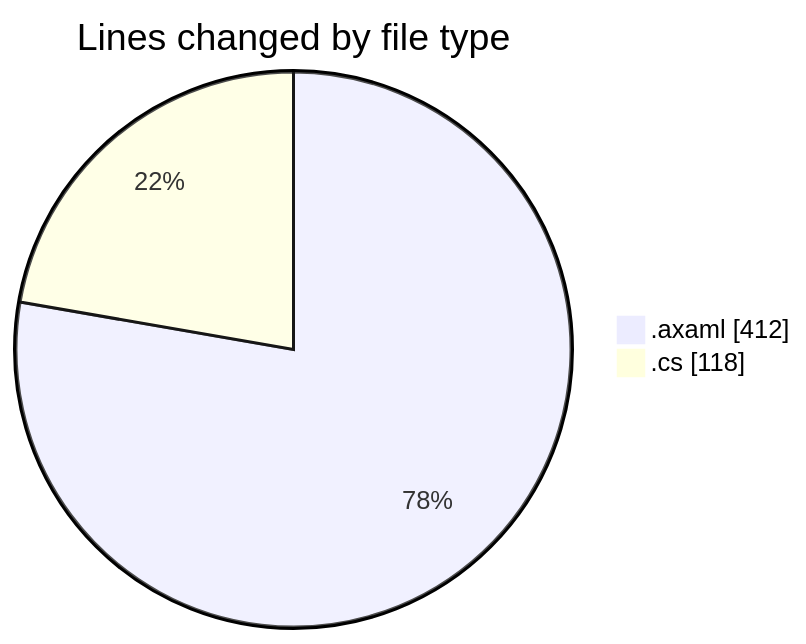
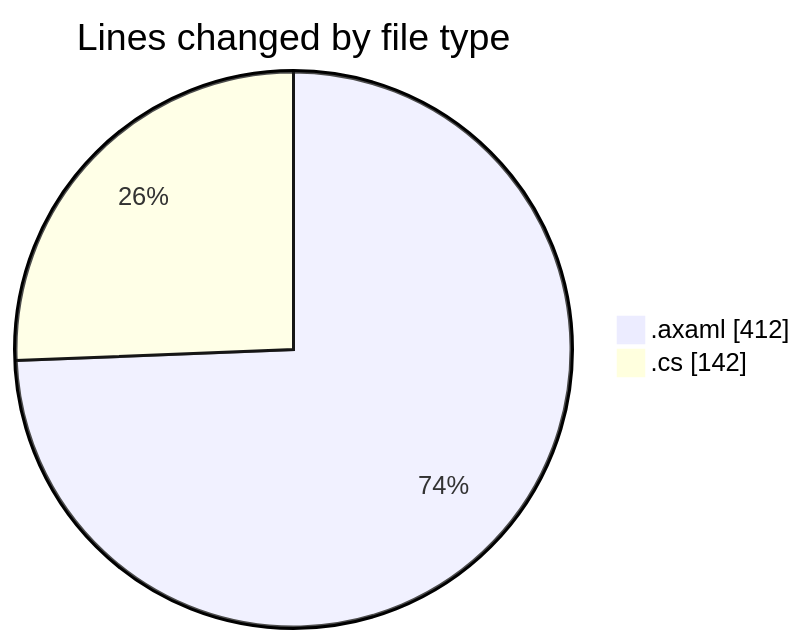
Before and after one commit to Netris89/code-tracking: the first of 2 diagrams in 2025-10-24/skintrack/README.md, drawn with Mermaid. The commit also changed other lines of this file and 1 other file, not shown here.

````diff
--- a/2025-10-24/skintrack/README.md
+++ b/2025-10-24/skintrack/README.md
@@ -23,6 +24,6 @@
 ```mermaid
 pie showData
 title Lines changed by file type
 ".axaml" : 412
-".cs" : 118
+".cs" : 142
 ```
````
